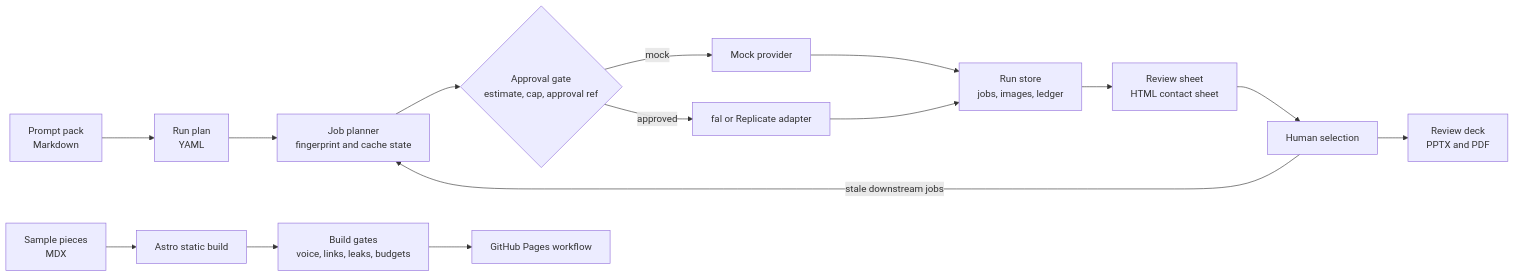
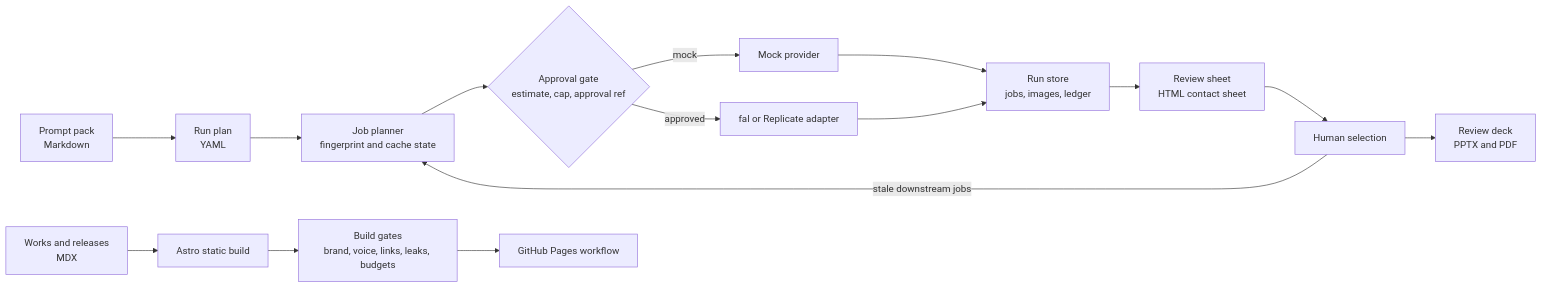
One commit to monsieurgregorio2001-coder/slop-editorial changed the diagram in README.md. Above: the diagram before and after it, drawn with Mermaid. The commit also changed other lines of this file and 127 other files, not shown here.

````diff
--- a/README.md
+++ b/README.md
@@ -27,17 +38,17 @@
 ```mermaid
 flowchart LR
     A[Prompt pack<br/>Markdown] --> B[Run plan<br/>YAML]
     B --> C[Job planner<br/>fingerprint and cache state]
     C --> D{Approval gate<br/>estimate, cap, approval ref}
     D -->|mock| E[Mock provider]
     D -->|approved| F[fal or Replicate adapter]
     E --> G[Run store<br/>jobs, images, ledger]
     F --> G
     G --> H[Review sheet<br/>HTML contact sheet]
     H --> I[Human selection]
     I -->|stale downstream jobs| C
     I --> J[Review deck<br/>PPTX and PDF]
-    K[Sample pieces<br/>MDX] --> L[Astro static build]
-    L --> M[Build gates<br/>voice, links, leaks, budgets]
+    K[Works and releases<br/>MDX] --> L[Astro static build]
+    L --> M[Build gates<br/>brand, voice, links, leaks, budgets]
     M --> N[GitHub Pages workflow]
 ```
````
